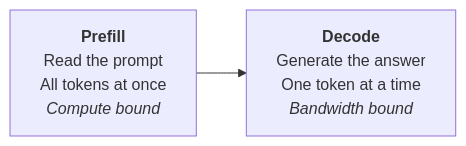
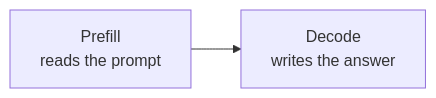
One commit to kamil-kielbasa/ai-infrastructure-book changed the second of 2 diagrams in book/04-the-gpu.md. Above: the diagram before and after it, drawn with Mermaid. The commit also changed other lines of this file and 15 other files, not shown here.

Commit message:
fix: pin mermaid and mathjax to working majors, trim part V

````diff
--- a/book/04-the-gpu.md
+++ b/book/04-the-gpu.md
@@ -81,4 +87,4 @@
 ```mermaid
 flowchart LR
-    P["<b>Prefill</b><br/>Read the prompt<br/>All tokens at once<br/><i>Compute bound</i>"] --> D["<b>Decode</b><br/>Generate the answer<br/>One token at a time<br/><i>Bandwidth bound</i>"]
+    P[Prefill<br/>reads the prompt] --> D[Decode<br/>writes the answer]
 ```
````
